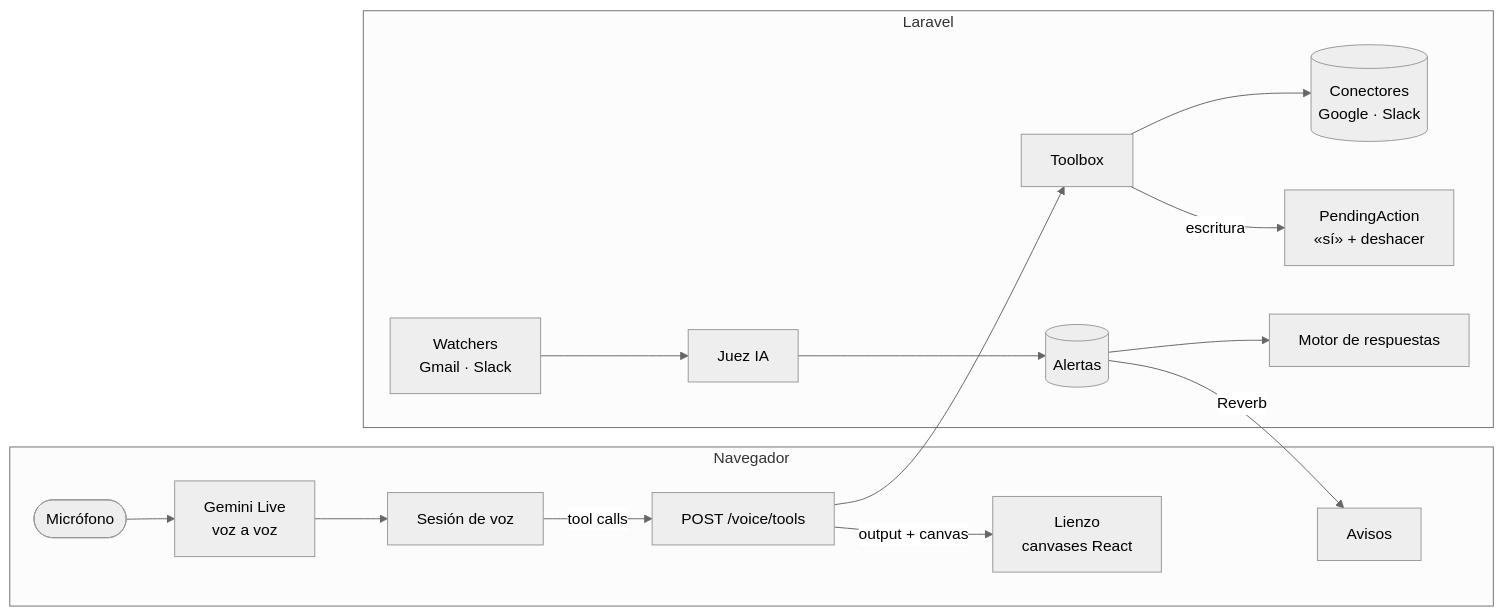
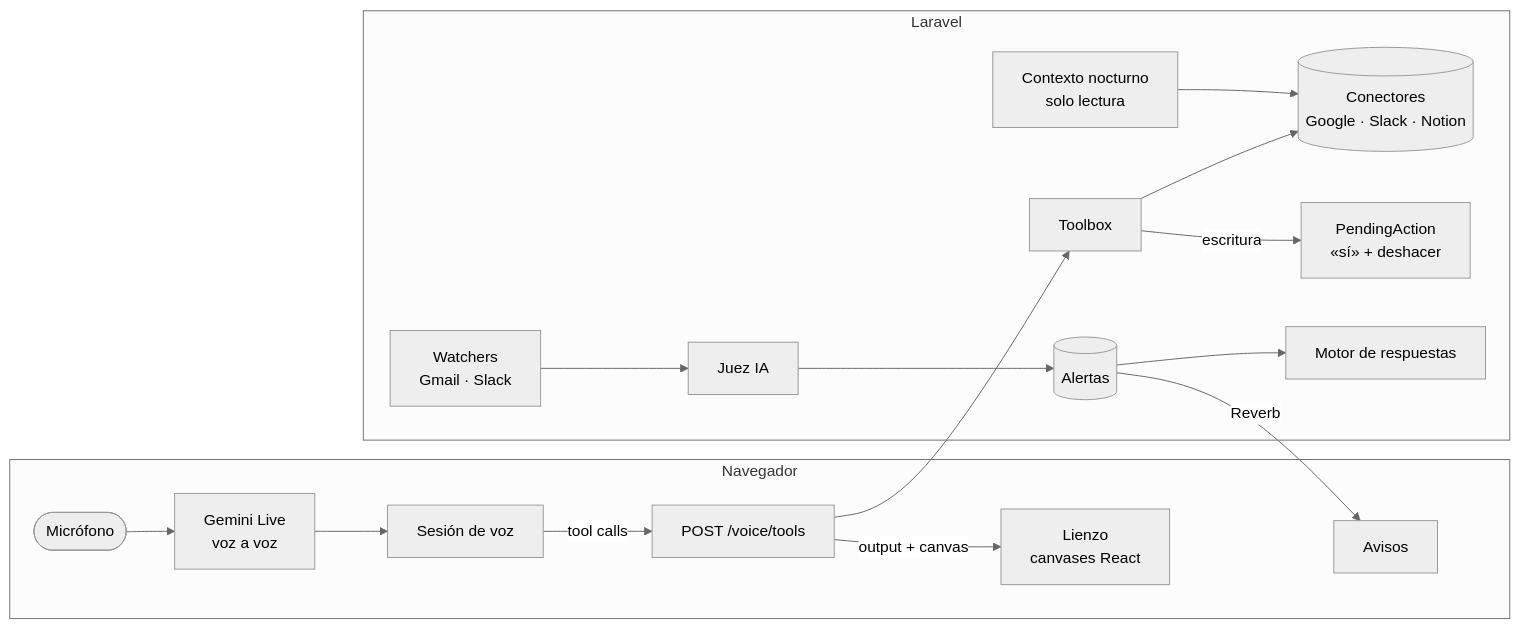
The diagram in README.md (johnleonkab/sixth-sense), drawn with Mermaid (neutral theme) before and after one commit. The commit also changed other lines of this file and 25 other files, not shown here.

````diff
--- a/README.md
+++ b/README.md
@@ -64,21 +75,22 @@
 ```mermaid
 flowchart LR
     subgraph Navegador
         Mic([Micrófono]) --> Live[Gemini Live<br/>voz a voz]
         Live --> Voice[Sesión de voz]
         Voice -- tool calls --> Tools
         Canvas[Lienzo<br/>canvases React]
         Alerts[Avisos]
     end
 
     subgraph Laravel
         Tools[POST /voice/tools] --> Toolbox
-        Toolbox --> Connectors[(Conectores<br/>Google · Slack)]
+        Toolbox --> Connectors[(Conectores<br/>Google · Slack · Notion)]
         Toolbox -- escritura --> Pending[PendingAction<br/>«sí» + deshacer]
         Watchers[Watchers<br/>Gmail · Slack] --> Judge[Juez IA] --> Inbox[(Alertas)]
         Inbox --> Planner[Motor de respuestas]
+        Nightly[Contexto nocturno<br/>solo lectura] --> Connectors
     end
 
     Tools -- output + canvas --> Canvas
     Inbox -- Reverb --> Alerts
 ```
````
